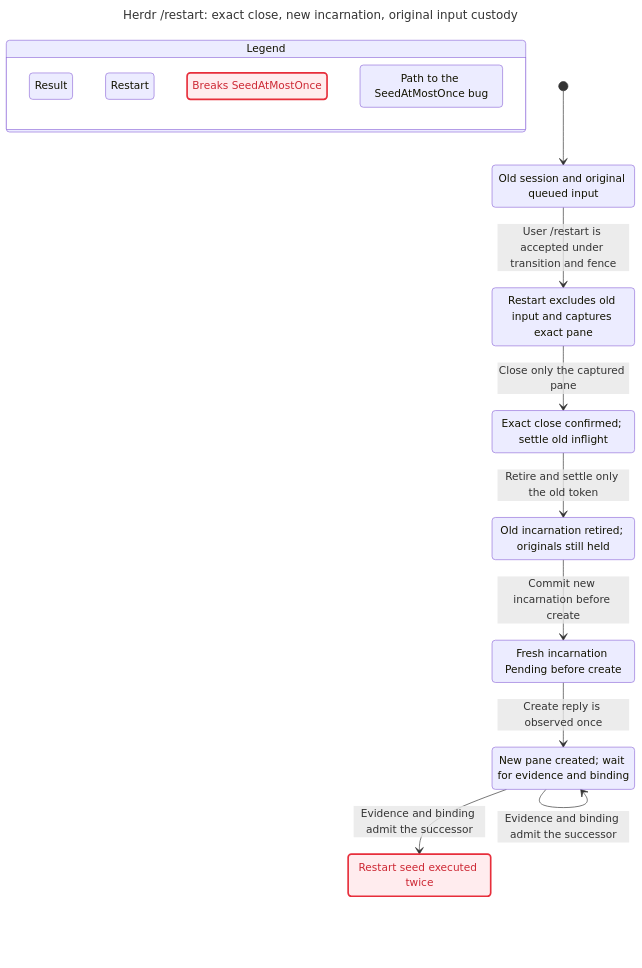
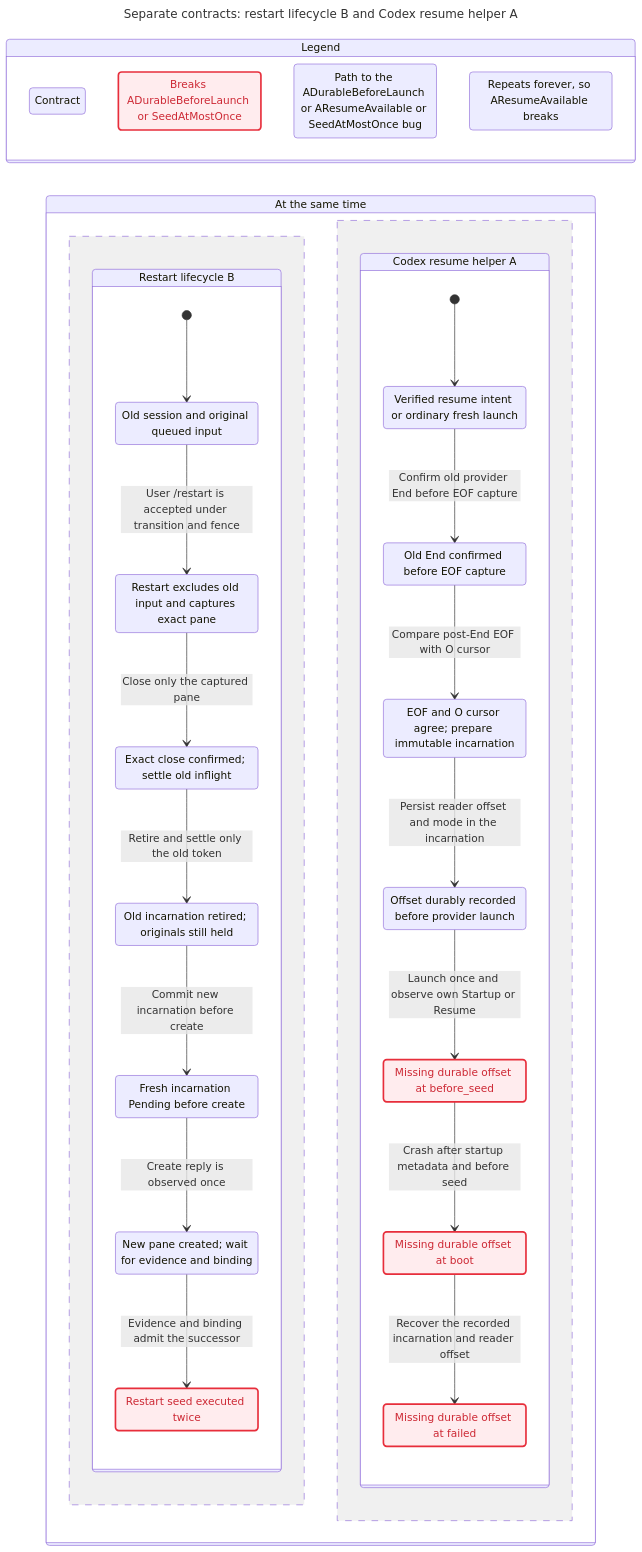
Before and after one commit to itismyfield/AgentDesk: the diagram in docs/statecharts/session-lifecycle/herdr-restart-ReplaySeed.chart.mmd, drawn with Mermaid. The commit also changed 185 other files, not shown here.

First line of the commit message:
feat: preserve explicit Codex Herdr resume boundaries

```diff
--- a/docs/statecharts/session-lifecycle/herdr-restart-ReplaySeed.chart.mmd
+++ b/docs/statecharts/session-lifecycle/herdr-restart-ReplaySeed.chart.mmd
@@ -1,45 +1,85 @@
 ---
-title: "Herdr /restart: exact close, new incarnation, original input custody"
+title: "Separate contracts: restart lifecycle B and Codex resume helper A"
 ---
 stateDiagram-v2
+  direction LR
   state "Legend" as legend {
-    lg0: Result
-    lg1: Restart
-    lg2: Breaks SeedAtMostOnce
-    lg3: Path to the SeedAtMostOnce bug
+    lg0: Contract
+    lg1: Breaks ADurableBeforeLaunch or SeedAtMostOnce
+    lg2: Path to the ADurableBeforeLaunch or AResumeAvailable or SeedAtMostOnce bug
+    lg3: Repeats forever, so AResumeAvailable breaks
   }
-  class lg0 teal
-  class lg1 blue
-  class lg2 breaks
-  class lg3 bugPath
-  s0: Old session and original queued input
-  s1: Restart excludes old input and captures exact pane
-  s2: Exact close confirmed#59; settle old inflight
-  s3: Old incarnation retired#59; originals still held
-  s4: Fresh incarnation Pending before create
-  s5: New pane created#59; wait for evidence and binding
-  s6: Restart seed executed twice
-  [*] --> s0
-  s0 --> s1: User /restart is accepted under transition and fence
-  s1 --> s2: Close only the captured pane
-  s2 --> s3: Retire and settle only the old token
-  s3 --> s4: Commit new incarnation before create
-  s4 --> s5: Create reply is observed once
-  s5 --> s5: Evidence and binding admit the successor
-  s5 --> s6: Evidence and binding admit the successor
+  class lg0 blue
+  class lg1 breaks
+  class lg2 bugPath
+  class lg3 repeats
+  state "At the same time" as all {
+    state "Restart lifecycle B" as r0 {
+      s0: Old session and original queued input
+      s1: Restart excludes old input and captures exact pane
+      s2: Exact close confirmed#59; settle old inflight
+      s3: Old incarnation retired#59; originals still held
+      s4: Fresh incarnation Pending before create
+      s5: New pane created#59; wait for evidence and binding
+      s6: Restart seed executed twice
+      [*] --> s0
+      s0 --> s1: User /restart is accepted under transition and fence
+      s1 --> s2: Close only the captured pane
+      s2 --> s3: Retire and settle only the old token
+      s3 --> s4: Commit new incarnation before create
+      s4 --> s5: Create reply is observed once
+      s5 --> s6: Evidence and binding admit the successor
+    }
+    --
+    state "Codex resume helper A" as r1 {
+      s7: Verified resume intent or ordinary fresh launch
+      s8: Old End confirmed before EOF capture
+      s9: EOF and O cursor agree#59; prepare immutable incarnation
+      s10: Offset durably recorded before provider launch
+      s11: Missing durable offset at before_seed
+      s12: Missing durable offset at boot
+      s13: Missing durable offset at failed
+      [*] --> s7
+      s7 --> s8: Confirm old provider End before EOF capture
+      s8 --> s9: Compare post-End EOF with O cursor
+      s9 --> s10: Persist reader offset and mode in the incarnation
+      s10 --> s11: Launch once and observe own Startup or Resume
+      s11 --> s12: Crash after startup metadata and before seed
+      s12 --> s13: Recover the recorded incarnation and reader offset
+    }
+  }
   classDef breaks fill:#ffecee,stroke:#e72e3b,stroke-width:2.5px,color:#cd2834
   class s0 blue
   class s0 bugPath
   class s1 blue
   class s1 bugPath
   class s2 blue
   class s2 bugPath
   class s3 blue
   class s3 bugPath
   class s4 blue
   class s4 bugPath
   class s5 blue
   class s5 bugPath
-  class s6 teal
+  class s6 blue
   class s6 breaks
   class s6 bugPath
+  class s6 repeats
+  class s7 blue
+  class s7 bugPath
+  class s8 blue
+  class s8 bugPath
+  class s9 blue
+  class s9 bugPath
+  class s10 blue
+  class s10 bugPath
+  class s11 blue
+  class s11 breaks
+  class s11 bugPath
+  class s12 blue
+  class s12 breaks
+  class s12 bugPath
+  class s13 blue
+  class s13 breaks
+  class s13 bugPath
+  class s13 repeats
```
